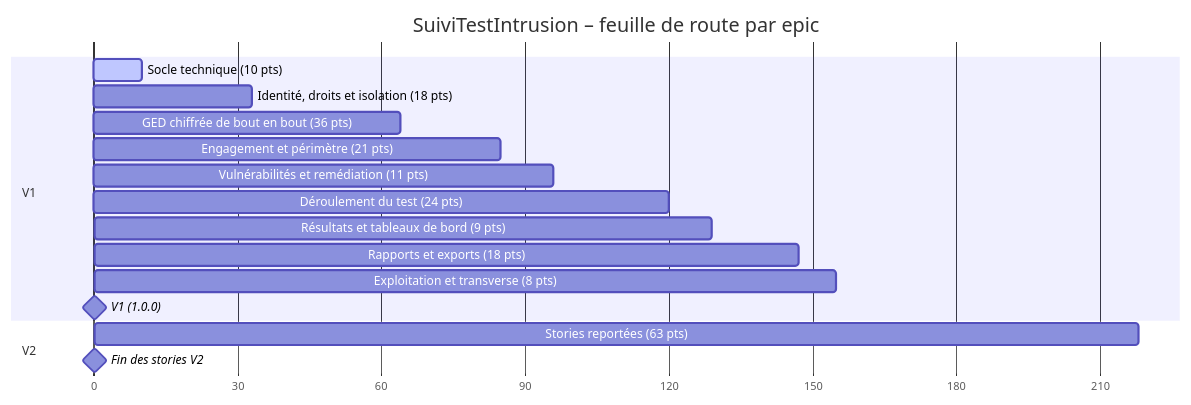
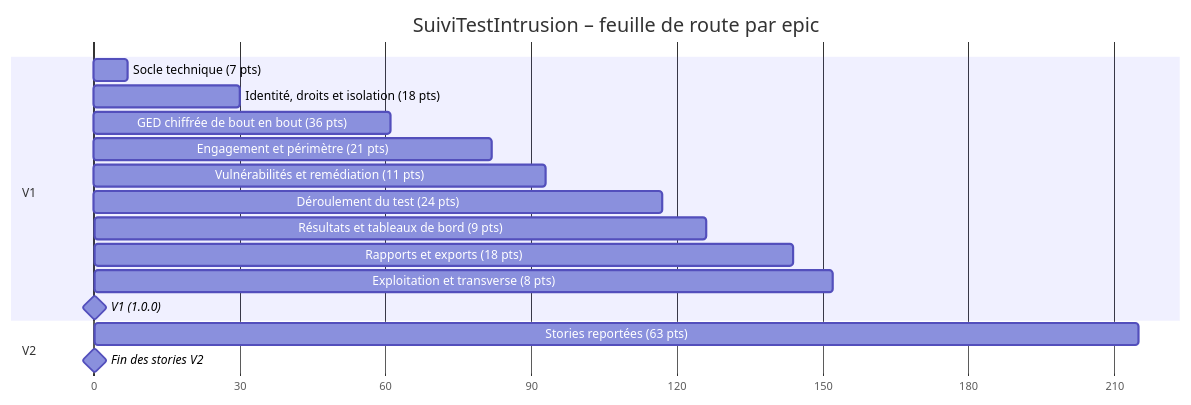
Before and after one commit to ILPlais/SuiviTestIntrusion: the first of 2 diagrams in docs/20-29 Développement/22 Planification/22.01 Planification du développement.md, drawn with Mermaid. The commit also changed other lines of this file and 4 other files, not shown here.

````diff
--- a/docs/20-29 Développement/22 Planification/22.01 Planification du développement.md
+++ b/docs/20-29 Développement/22 Planification/22.01 Planification du développement.md
@@ -48,20 +48,20 @@
 ```mermaid
 gantt
     title SuiviTestIntrusion – feuille de route par epic
     dateFormat X
     axisFormat %s
     section V1
-    Socle technique (10 pts) :active, ep_socle, 0, 10
-    Identité, droits et isolation (18 pts) :ep_identite, 10, 33
-    GED chiffrée de bout en bout (36 pts) :ep_ged_chiffree, 23, 64
-    Engagement et périmètre (21 pts) :ep_engagement, 64, 85
-    Vulnérabilités et remédiation (11 pts) :ep_vulnerabilites, 85, 96
-    Déroulement du test (24 pts) :ep_deroulement, 96, 120
-    Résultats et tableaux de bord (9 pts) :ep_resultats, 120, 129
-    Rapports et exports (18 pts) :ep_exports, 129, 147
-    Exploitation et transverse (8 pts) :ep_exploitation, 147, 155
-    V1 (1.0.0) :milestone, v1, 155, 0d
+    Socle technique (7 pts) :ep_socle, 0, 7
+    Identité, droits et isolation (18 pts) :ep_identite, 7, 30
+    GED chiffrée de bout en bout (36 pts) :ep_ged_chiffree, 20, 61
+    Engagement et périmètre (21 pts) :ep_engagement, 61, 82
+    Vulnérabilités et remédiation (11 pts) :ep_vulnerabilites, 82, 93
+    Déroulement du test (24 pts) :ep_deroulement, 93, 117
+    Résultats et tableaux de bord (9 pts) :ep_resultats, 117, 126
+    Rapports et exports (18 pts) :ep_exports, 126, 144
+    Exploitation et transverse (8 pts) :ep_exploitation, 144, 152
+    V1 (1.0.0) :milestone, v1, 152, 0d
     section V2
-    Stories reportées (63 pts) :ep_v2, 155, 218
-    Fin des stories V2 :milestone, v2, 218, 0d
+    Stories reportées (63 pts) :ep_v2, 152, 215
+    Fin des stories V2 :milestone, v2, 215, 0d
 ```
````
